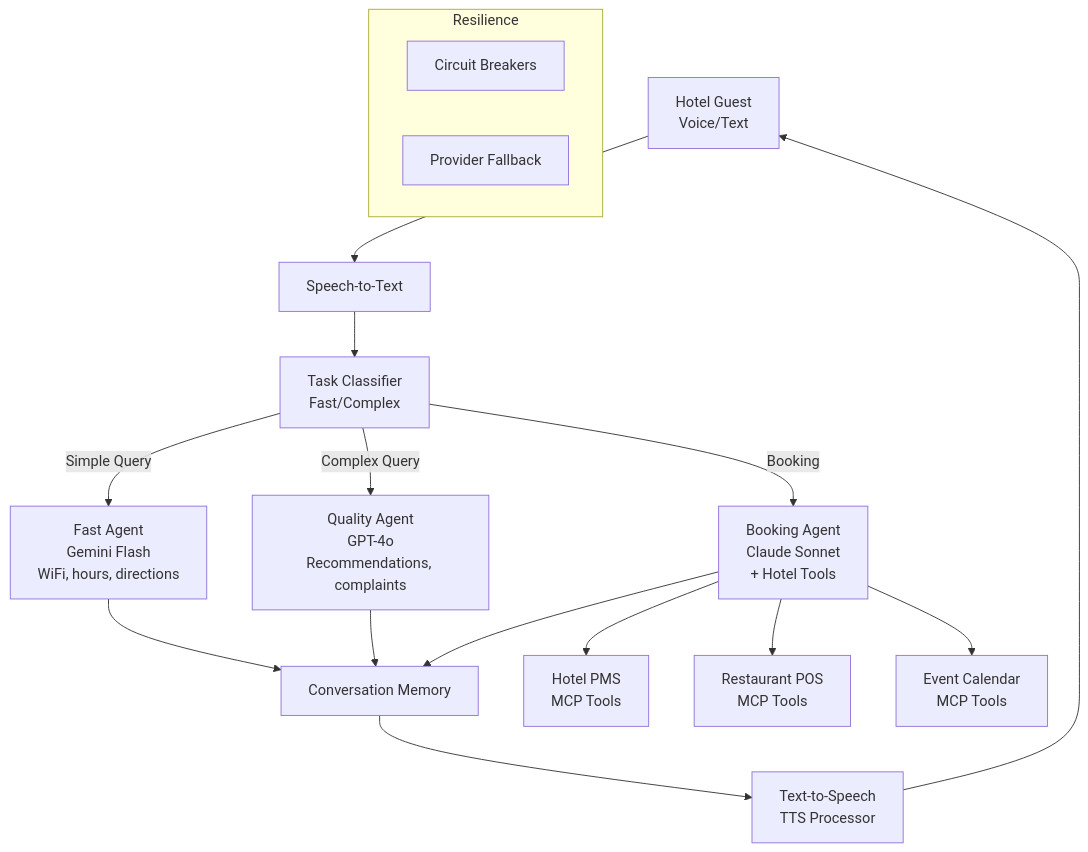
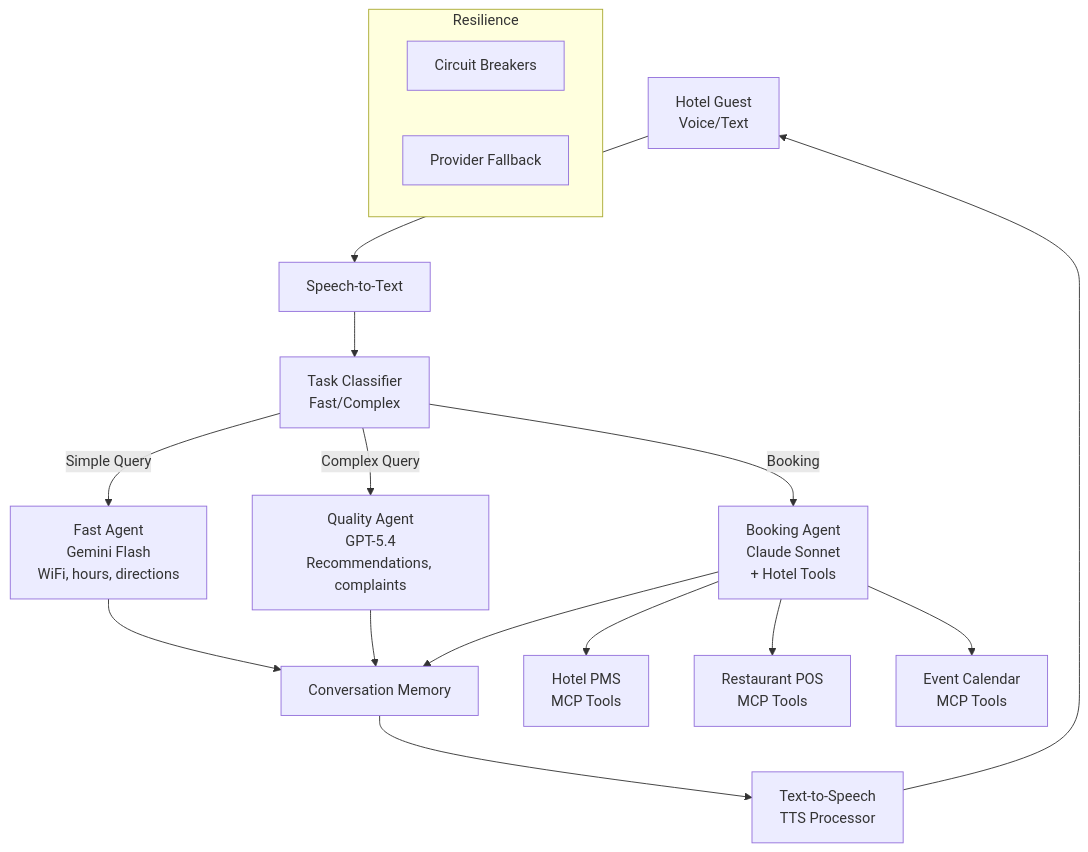
Before and after one commit to juspay/neurolink-blog: the diagram in _posts/2026-01-27-voice-first-hotel-concierge.md, drawn with Mermaid. The commit also changed other lines of this file and 172 other files, not shown here.

````diff
--- a/_posts/2026-01-27-voice-first-hotel-concierge.md
+++ b/_posts/2026-01-27-voice-first-hotel-concierge.md
@@ -41,25 +41,25 @@
 ```mermaid
 flowchart TB
     Guest[Hotel Guest<br/>Voice/Text] --> STT[Speech-to-Text]
     STT --> Classifier[Task Classifier<br/>Fast/Complex]
 
     Classifier -->|Simple Query| Fast[Fast Agent<br/>Gemini Flash<br/>WiFi, hours, directions]
-    Classifier -->|Complex Query| Quality[Quality Agent<br/>GPT-4o<br/>Recommendations, complaints]
+    Classifier -->|Complex Query| Quality[Quality Agent<br/>GPT-5.4<br/>Recommendations, complaints]
     Classifier -->|Booking| Booking[Booking Agent<br/>Claude Sonnet<br/>+ Hotel Tools]
 
     Fast --> Memory[Conversation Memory]
     Quality --> Memory
     Booking --> Memory
 
     Memory --> TTS[Text-to-Speech<br/>TTS Processor]
     TTS --> Guest
 
     Booking --> PMS[Hotel PMS<br/>MCP Tools]
     Booking --> POS[Restaurant POS<br/>MCP Tools]
     Booking --> Calendar[Event Calendar<br/>MCP Tools]
 
     subgraph Resilience
         CB[Circuit Breakers]
         FB[Provider Fallback]
     end
 ```
````
